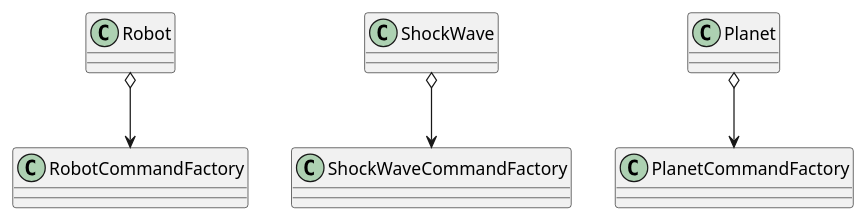
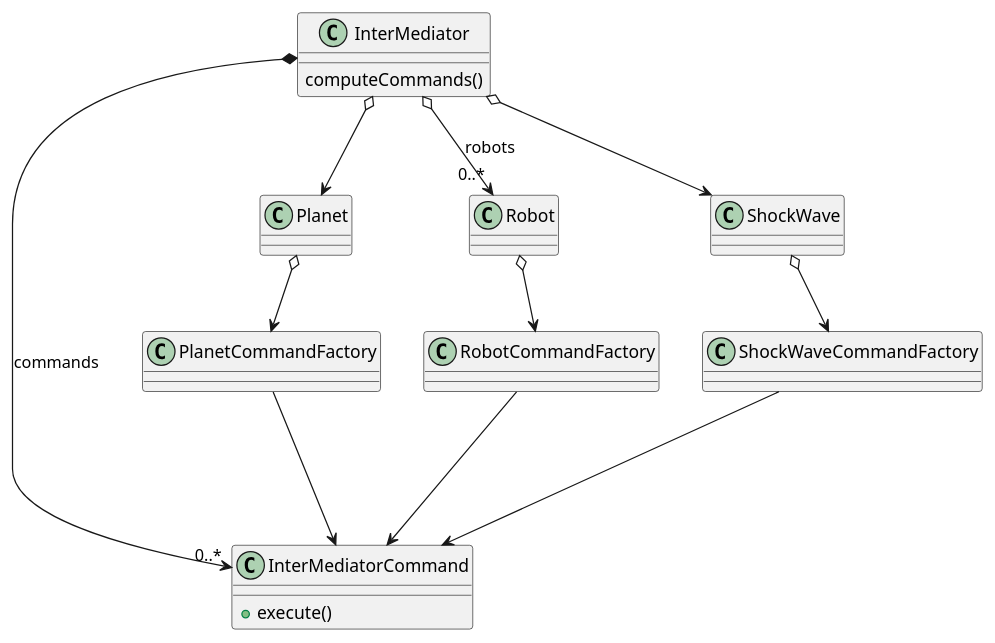
Before and after one commit to LEBOCQTitouan/ia-ensicaen-colonisation: the diagram in uml/model/commands/Intermediator-command-relation-to-model.puml, drawn with PlantUML.

Commit message:
Change in modelisatio of entities interactions.

```diff
--- a/uml/model/commands/Intermediator-command-relation-to-model.puml
+++ b/uml/model/commands/Intermediator-command-relation-to-model.puml
@@ -1,16 +1,33 @@
 @startuml
 'https://plantuml.com/class-diagram
+
+class InterMediator {
+    computeCommands()
+}
+class InterMediatorCommand {
+    +execute()
+}
+
+InterMediator o--> Planet
+InterMediator o--> "0..*" Robot : robots
+InterMediator o--> ShockWave
+
+InterMediator *-> "0..*" InterMediatorCommand : commands
+
+RobotCommandFactory ---> InterMediatorCommand
+ShockWaveCommandFactory ---> InterMediatorCommand
+PlanetCommandFactory ---> InterMediatorCommand
 
 class RobotCommandFactory {}
 class ShockWaveCommandFactory {}
 class PlanetCommandFactory {}
 
 class Planet {}
 class Robot {}
 class ShockWave {}
 
 Planet o--> PlanetCommandFactory
 Robot o--> RobotCommandFactory
 ShockWave o--> ShockWaveCommandFactory
 
 @enduml
```
